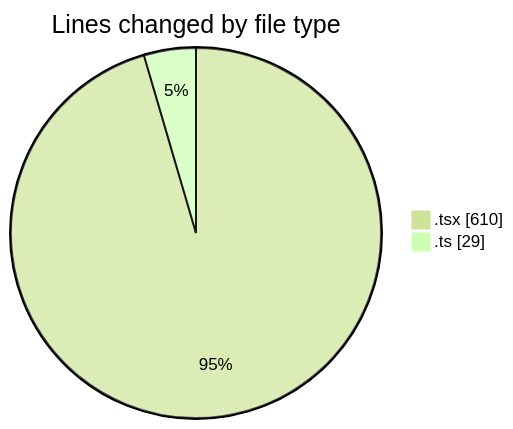
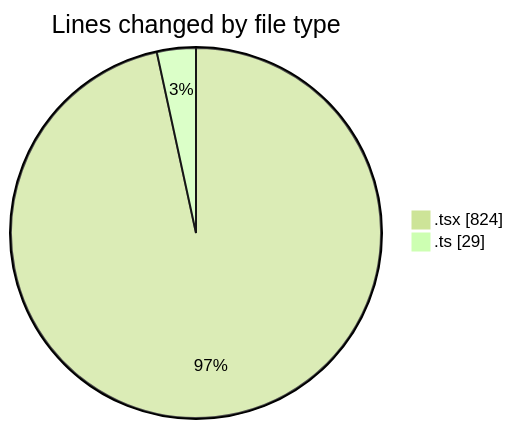
The first of 2 diagrams in 2026-07-26/nxtqube_webapp/README.md (nxtqubesakshisongat/code-tracking), drawn with Mermaid (forest theme) before and after one commit. The commit also changed other lines of this file and 1 other file, not shown here.

````diff
--- a/2026-07-26/nxtqube_webapp/README.md
+++ b/2026-07-26/nxtqube_webapp/README.md
@@ -27,6 +28,6 @@
 ```mermaid
 pie showData
 title Lines changed by file type
-".tsx" : 610
+".tsx" : 824
 ".ts" : 29
 ```
````
